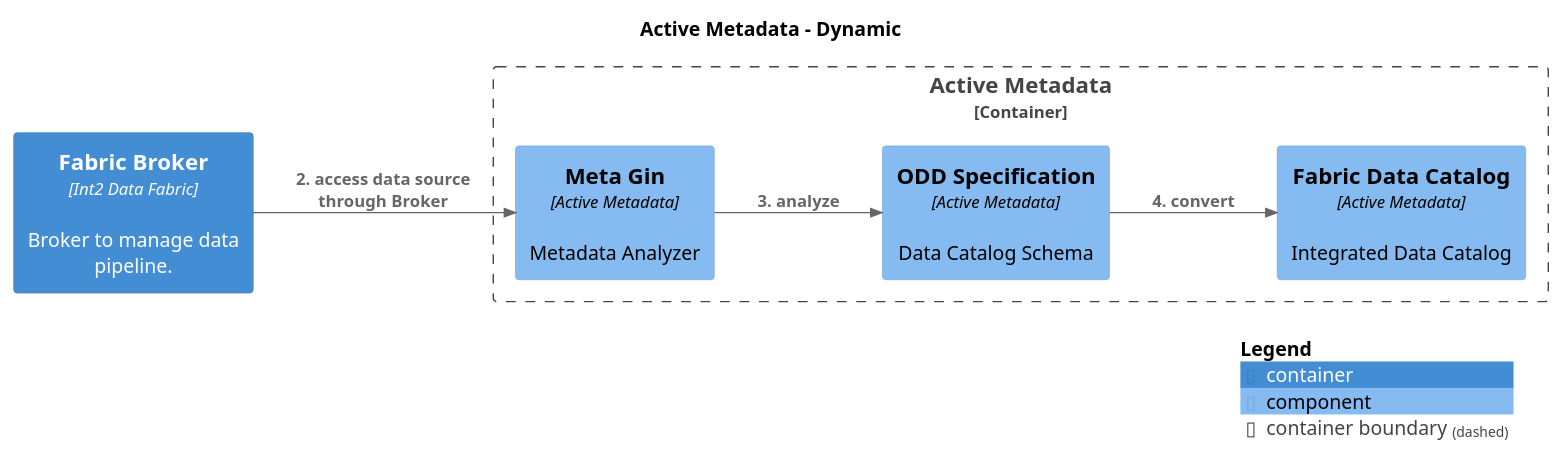
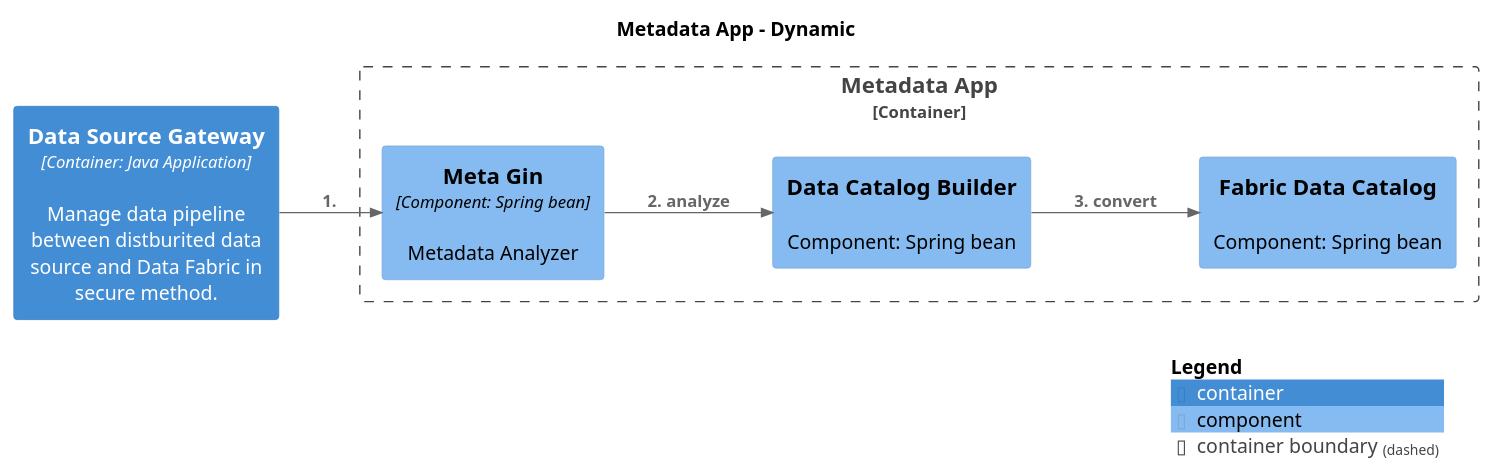
One commit to IntellectusCorp/data-fabric-docs changed the diagram in puml/WorkflowBuildingFabricDataCatalog-WorkflowBuildingFabricDataCatalog.puml. Above: the diagram before and after it, drawn with PlantUML. The commit also changed 58 other files, not shown here.

Commit message:
Deploying to gh-pages from @ IntellectusCorp/data-fabric-docs@6fe2c705cf91e71a90d225bd5430bb5853dd053f 🚀

```diff
--- a/puml/WorkflowBuildingFabricDataCatalog-WorkflowBuildingFabricDataCatalog.puml
+++ b/puml/WorkflowBuildingFabricDataCatalog-WorkflowBuildingFabricDataCatalog.puml
@@ -1,27 +1,27 @@
 @startuml
 set separator none
-title Active Metadata - Dynamic
+title Metadata App - Dynamic
 
 left to right direction
 
 !include <C4/C4>
 !include <C4/C4_Context>
 !include <C4/C4_Container>
 !include <C4/C4_Component>
 
 skinparam svgDimensionStyle false
 skinparam preserveAspectRatio meet
-Container_Boundary("DataFabric.ActiveMetadata_boundary", "Active Metadata", $tags="") {
-  Component(DataFabric.ActiveMetadata.MetaGin, "Meta Gin", $techn="Active Metadata", $descr="Metadata Analyzer", $tags="", $link="")
-  Component(DataFabric.ActiveMetadata.ODDSpecification, "ODD Specification", $techn="Active Metadata", $descr="Data Catalog Schema", $tags="", $link="")
-  Component(DataFabric.ActiveMetadata.FabricDataCatalog, "Fabric Data Catalog", $techn="Active Metadata", $descr="Integrated Data Catalog", $tags="", $link="")
+Container_Boundary("DataFabric.MetadataApp_boundary", "Metadata App", $tags="") {
+  Component(DataFabric.MetadataApp.MetaGin, "Meta Gin", $techn="Component: Spring bean", $descr="Metadata Analyzer", $tags="", $link="")
+  Component(DataFabric.MetadataApp.DataCatalogBuilder, "Data Catalog Builder", $techn="", $descr="Component: Spring bean", $tags="", $link="")
+  Component(DataFabric.MetadataApp.FabricDataCatalog, "Fabric Data Catalog", $techn="", $descr="Component: Spring bean", $tags="", $link="")
 }
 
-Container(DataFabric.FabricBroker, "Fabric Broker", $techn="Int2 Data Fabric", $descr="Broker to manage data pipeline.", $tags="", $link="")
+Container(DataFabric.DataSourceGateway, "Data Source Gateway", $techn="Container: Java Application", $descr="Manage data pipeline between distburited data source and Data Fabric in secure method.", $tags="", $link="")
 
-Rel_D(DataFabric.FabricBroker, DataFabric.ActiveMetadata.MetaGin, "2. access data source through Broker", $techn="", $tags="", $link="")
-Rel_D(DataFabric.ActiveMetadata.MetaGin, DataFabric.ActiveMetadata.ODDSpecification, "3. analyze", $techn="", $tags="", $link="")
-Rel_D(DataFabric.ActiveMetadata.ODDSpecification, DataFabric.ActiveMetadata.FabricDataCatalog, "4. convert", $techn="", $tags="", $link="")
+Rel_D(DataFabric.DataSourceGateway, DataFabric.MetadataApp.MetaGin, "1. ", $techn="", $tags="", $link="")
+Rel_D(DataFabric.MetadataApp.MetaGin, DataFabric.MetadataApp.DataCatalogBuilder, "2. analyze", $techn="", $tags="", $link="")
+Rel_D(DataFabric.MetadataApp.DataCatalogBuilder, DataFabric.MetadataApp.FabricDataCatalog, "3. convert", $techn="", $tags="", $link="")
 
 SHOW_LEGEND(true)
 @enduml
```
